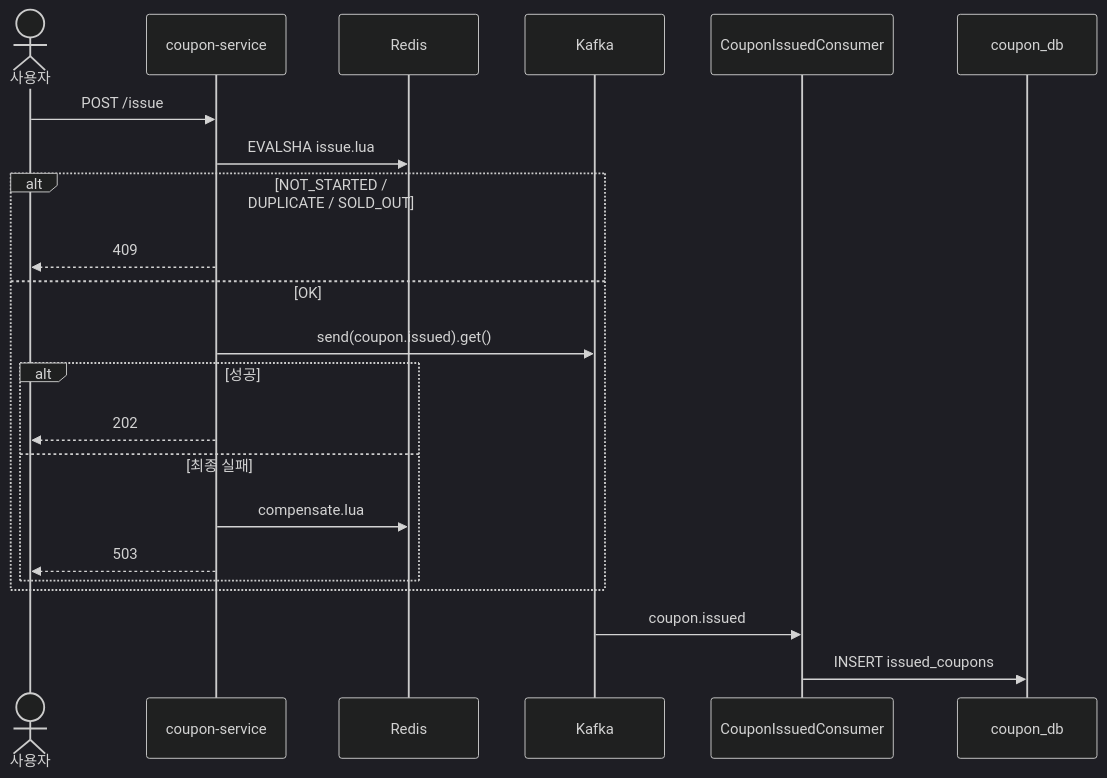
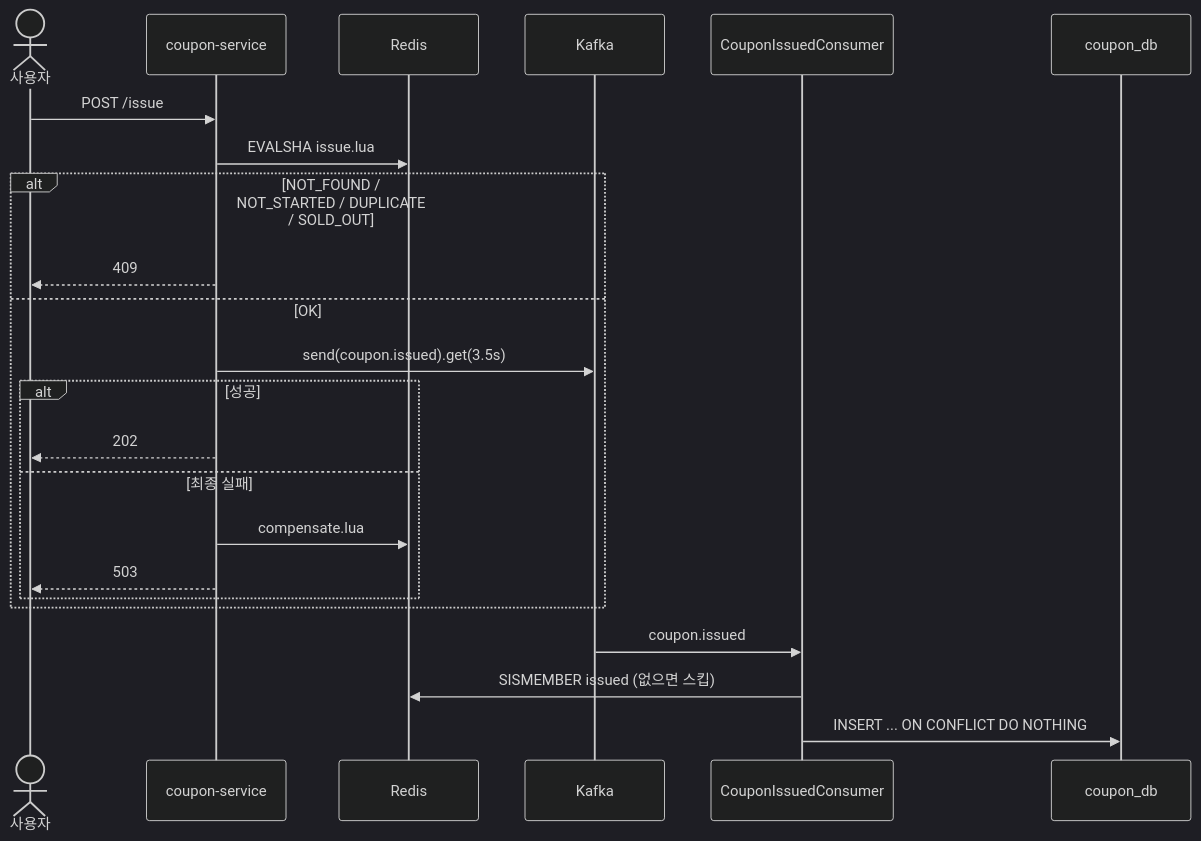
The diagram in docs/design/05-features/coupon-issue.md (dd-jiny/queue-drop), drawn with Mermaid (dark theme) before and after one commit. The commit also changed other lines of this file and 24 other files, not shown here.

````diff
--- a/docs/design/05-features/coupon-issue.md
+++ b/docs/design/05-features/coupon-issue.md
@@ -58,25 +66,26 @@
 ```mermaid
 sequenceDiagram
     actor U as 사용자
     participant CS as coupon-service
     participant R as Redis
     participant K as Kafka
     participant C as CouponIssuedConsumer
     participant DB as coupon_db
 
     U->>CS: POST /issue
     CS->>R: EVALSHA issue.lua
-    alt NOT_STARTED / DUPLICATE / SOLD_OUT
+    alt NOT_FOUND / NOT_STARTED / DUPLICATE / SOLD_OUT
         CS-->>U: 409
     else OK
-        CS->>K: send(coupon.issued).get()
+        CS->>K: send(coupon.issued).get(3.5s)
         alt 성공
             CS-->>U: 202
         else 최종 실패
             CS->>R: compensate.lua
             CS-->>U: 503
         end
     end
     K->>C: coupon.issued
-    C->>DB: INSERT issued_coupons
+    C->>R: SISMEMBER issued (없으면 스킵)
+    C->>DB: INSERT ... ON CONFLICT DO NOTHING
 ```
````
